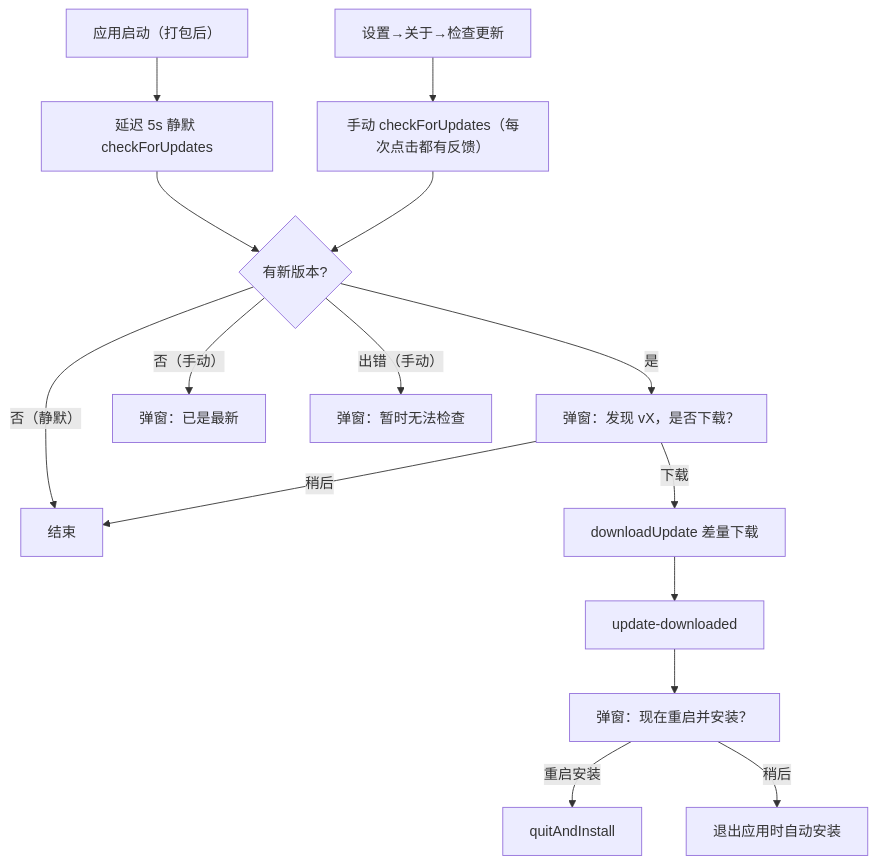
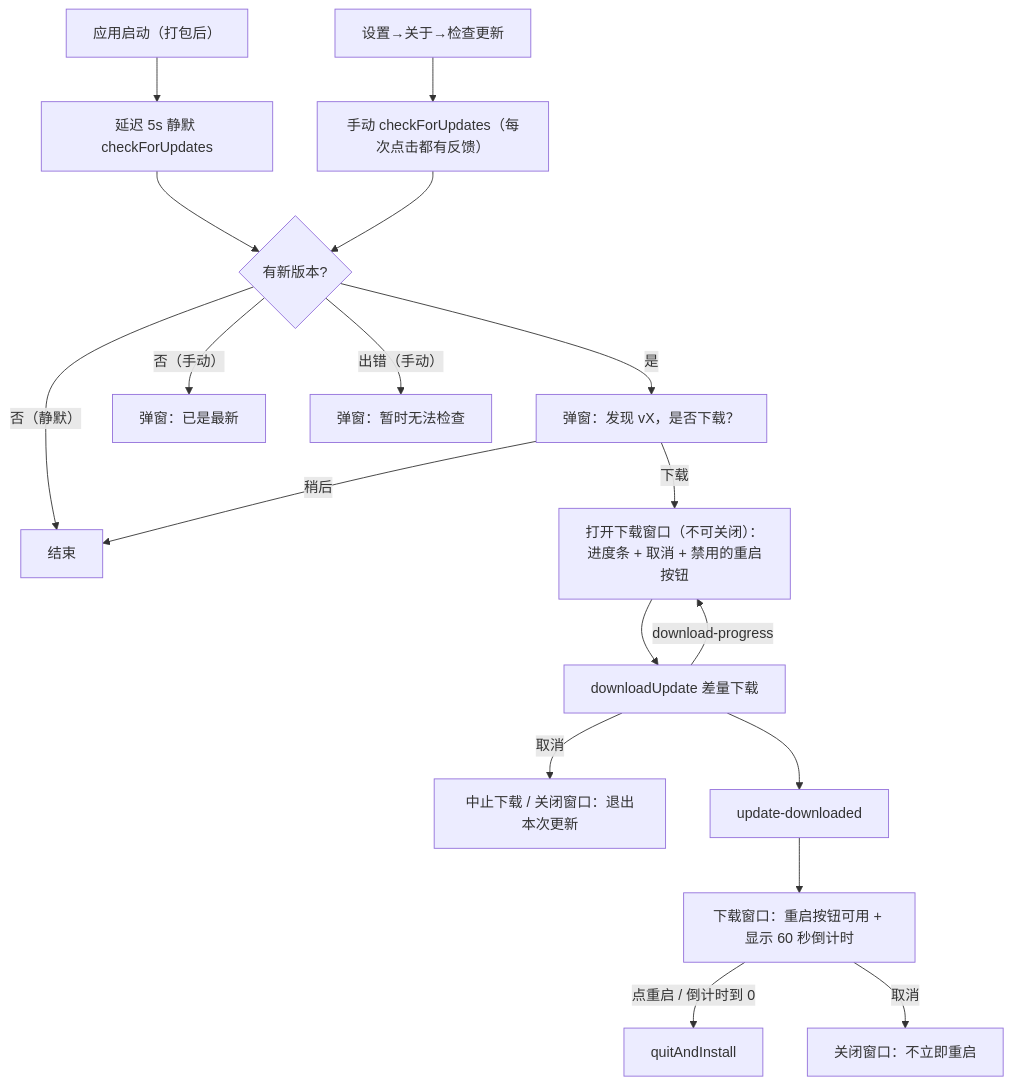
One commit to o8x/ships changed the sixth of 6 diagrams in docs/PRD.md. Above: the diagram before and after it, drawn with Mermaid. The commit also changed other lines of this file and 10 other files, not shown here.

Commit message:
feat: add unclosable update download window with progress, cancel and restart

````diff
--- a/docs/PRD.md
+++ b/docs/PRD.md
@@ -517,17 +527,20 @@
 ```mermaid
 flowchart TD
   A[应用启动（打包后）] --> B[延迟 5s 静默 checkForUpdates]
   J[设置→关于→检查更新] --> K["手动 checkForUpdates（每次点击都有反馈）"]
   B --> C{有新版本?}
   K --> C
   C -- 是 --> D["弹窗：发现 vX，是否下载？"]
   C -- 否（手动） --> N[弹窗：已是最新]
   C -- 否（静默） --> Z[结束]
   C -- 出错（手动） --> E[弹窗：暂时无法检查]
   D -- 稍后 --> Z
-  D -- 下载 --> F[downloadUpdate 差量下载]
+  D -- 下载 --> W["打开下载窗口（不可关闭）：进度条 + 取消 + 禁用的重启按钮"]
+  W --> F[downloadUpdate 差量下载]
+  F -- download-progress --> W
+  F -- 取消 --> X[中止下载 / 关闭窗口：退出本次更新]
   F --> G[update-downloaded]
-  G --> H["弹窗：现在重启并安装？"]
-  H -- 重启安装 --> I[quitAndInstall]
-  H -- 稍后 --> Q[退出应用时自动安装]
+  G --> H["下载窗口：重启按钮可用 + 显示 60 秒倒计时"]
+  H -- 点重启 / 倒计时到 0 --> I[quitAndInstall]
+  H -- 取消 --> X2[关闭窗口：不立即重启]
 ```
````
